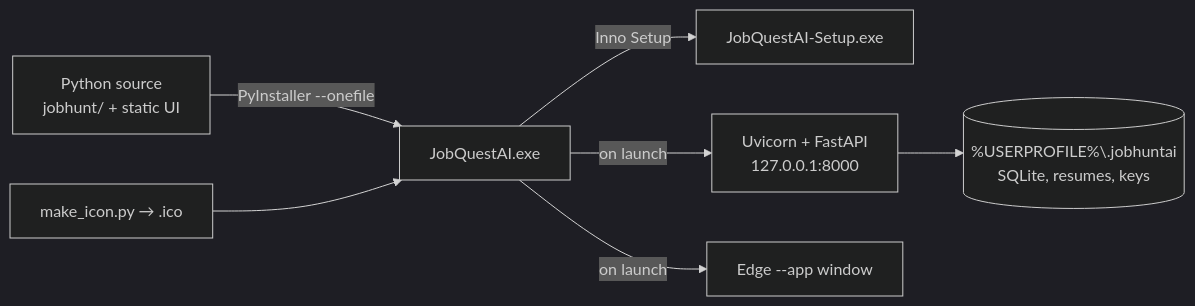
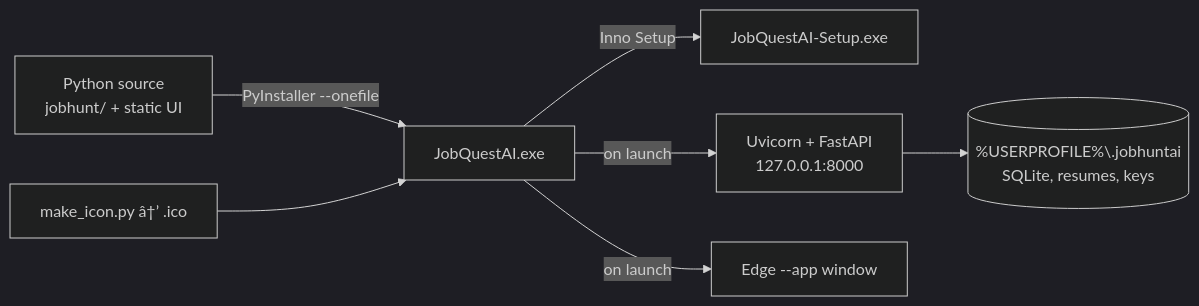
One commit to striderzz/JobQuest.AI changed the second of 2 diagrams in README.md. Above: the diagram before and after it, drawn with Mermaid (dark theme). The commit also changed other lines of this file and 3 other files, not shown here.

````diff
--- a/README.md
+++ b/README.md
@@ -244,9 +244,9 @@
 ```mermaid
 flowchart LR
   SRC["Python source<br/>jobhunt/ + static UI"] -->|PyInstaller --onefile| EXE["JobQuestAI.exe"]
-  ICON["make_icon.py → .ico"] --> EXE
+  ICON["make_icon.py â†’ .ico"] --> EXE
   EXE -->|Inno Setup| SETUP["JobQuestAI-Setup.exe"]
   EXE -->|on launch| SRV["Uvicorn + FastAPI<br/>127.0.0.1:8000"]
   EXE -->|on launch| WIN["Edge --app window"]
   SRV --> DATA[("%USERPROFILE%\.jobhuntai<br/>SQLite, resumes, keys")]
 ```
````
